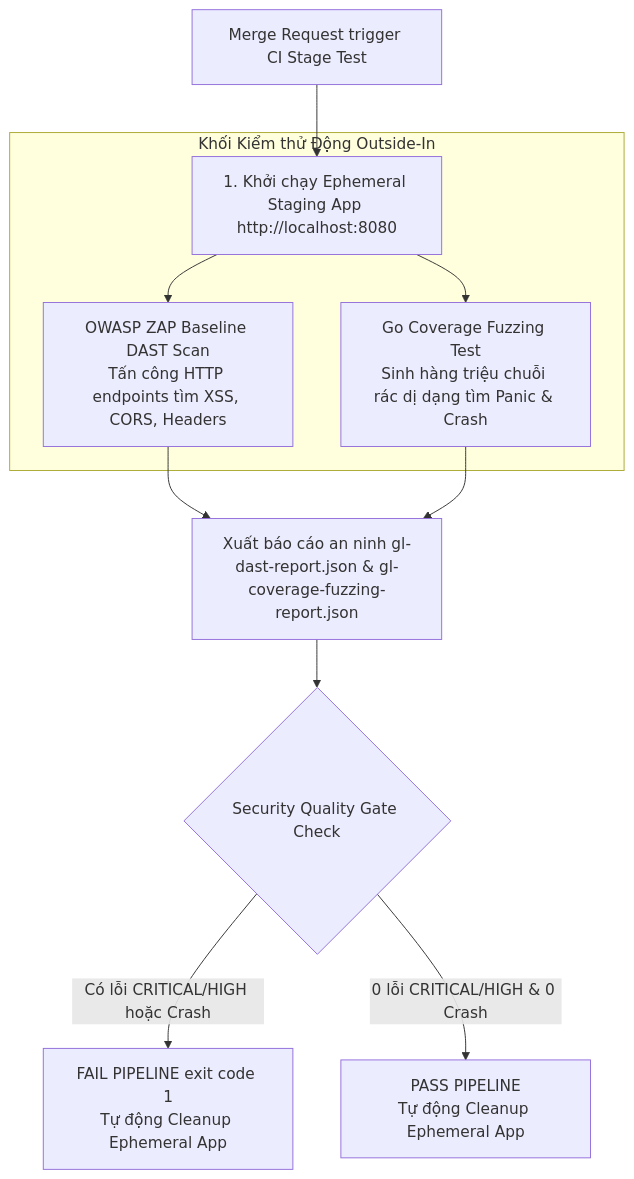
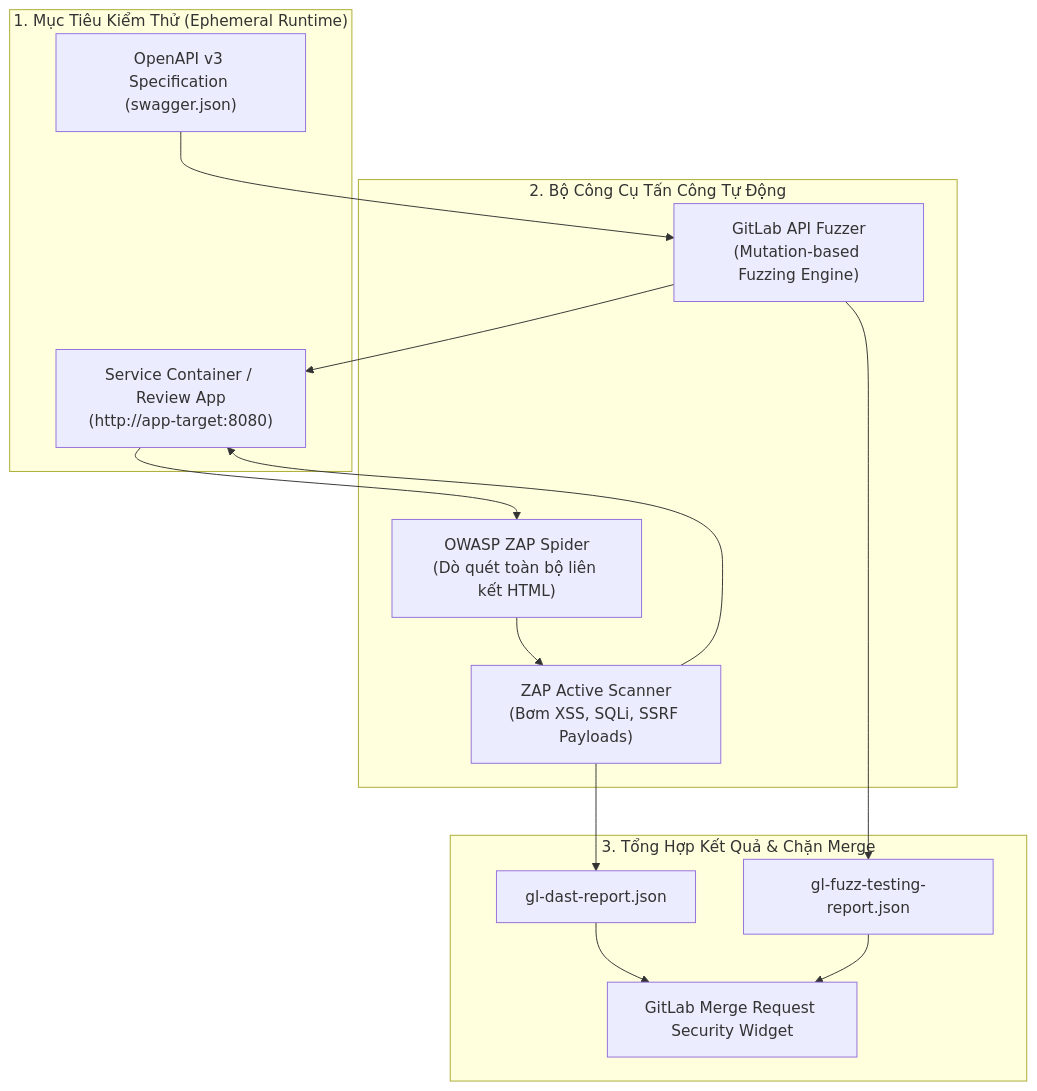
One commit to kiennt308/ntk changed the diagram in _posts/2026-09-12-gitlab-29-29-dast-va-fuzz-testing.md. Above: the diagram before and after it, drawn with Mermaid. The commit also changed other lines of this file and 48 other files, not shown here.

````diff
--- a/_posts/2026-09-12-gitlab-29-29-dast-va-fuzz-testing.md
+++ b/_posts/2026-09-12-gitlab-29-29-dast-va-fuzz-testing.md
@@ -56,16 +72,26 @@
 ```mermaid
 graph TD
-    A[Merge Request trigger CI Stage Test] --> B[1. Khởi chạy Ephemeral Staging App http://localhost:8080]
-    
-    subgraph DAST_and_Fuzzing_Execution [Khối Kiểm thử Động Outside-In]
-        B --> C1[OWASP ZAP Baseline DAST Scan<br/>Tấn công HTTP endpoints tìm XSS, CORS, Headers]
-        B --> C2[Go Coverage Fuzzing Test<br/>Sinh hàng triệu chuỗi rác dị dạng tìm Panic & Crash]
+    subgraph REVIEW_APP_TARGET["1. Mục Tiêu Kiểm Thử (Ephemeral Runtime)"]
+        SVC["Service Container / Review App<br/>(http://app-target:8080)"]
+        API_SPEC["OpenAPI v3 Specification (swagger.json)"]
     end
-    
-    C1 --> D[Xuất báo cáo an ninh gl-dast-report.json & gl-coverage-fuzzing-report.json]
-    C2 --> D
-    
-    D --> E{"Security Quality Gate Check"}
-    E -- Có lỗi CRITICAL/HIGH hoặc Crash --> F[FAIL PIPELINE exit code 1<br/>Tự động Cleanup Ephemeral App]
-    E -- 0 lỗi CRITICAL/HIGH & 0 Crash --> G[PASS PIPELINE<br/>Tự động Cleanup Ephemeral App]
+
+    subgraph ATTACK_ENGINES["2. Bộ Công Cụ Tấn Công Tự Động"]
+        ZAP_SPIDER["OWASP ZAP Spider<br/>(Dò quét toàn bộ liên kết HTML)"]
+        ZAP_ACTIVE["ZAP Active Scanner<br/>(Bơm XSS, SQLi, SSRF Payloads)"]
+        FUZZER["GitLab API Fuzzer<br/>(Mutation-based Fuzzing Engine)"]
+
+        API_SPEC --> FUZZER
+        SVC --> ZAP_SPIDER
+        ZAP_SPIDER --> ZAP_ACTIVE
+        ZAP_ACTIVE --> SVC
+        FUZZER --> SVC
+    end
+
+    subgraph REPORTING_GATE["3. Tổng Hợp Kết Quả & Chặn Merge"]
+        ZAP_ACTIVE --> DAST_JSON["gl-dast-report.json"]
+        FUZZER --> FUZZ_JSON["gl-fuzz-testing-report.json"]
+        DAST_JSON --> MR_WIDGET["GitLab Merge Request Security Widget"]
+        FUZZ_JSON --> MR_WIDGET
+    end
 ```
````
